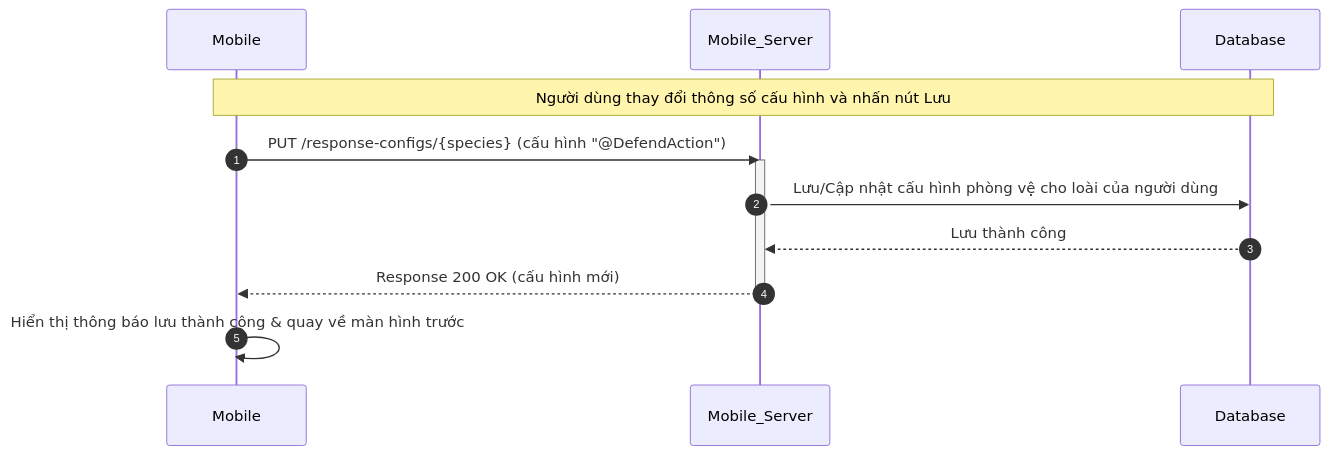
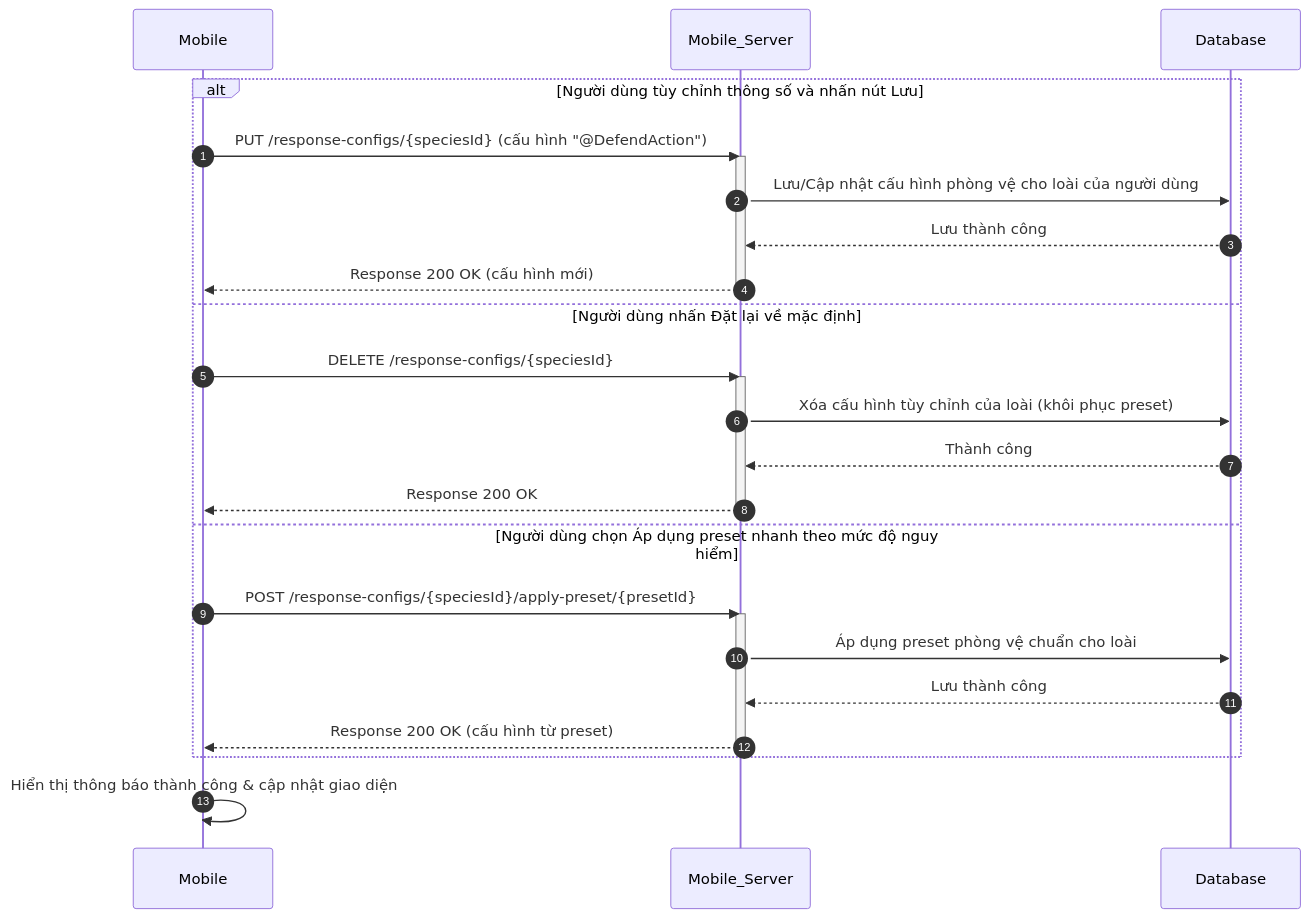
Diagram 16 of 21 in docs/04-sequence-diagram.md (trungnguyenthien/Wildlife-Warning-and-Deterrence-System), drawn with Mermaid before and after one commit. The commit also changed other lines of this file and 3 other files, not shown here.

Commit message:
docs: update sequence and mobile API documentation and add new agent skill profile

````diff
--- a/docs/04-sequence-diagram.md
+++ b/docs/04-sequence-diagram.md
@@ -567,16 +597,31 @@
 ```mermaid
 sequenceDiagram
     autonumber
     participant Mobile as Mobile
     participant Mobile_Server as Mobile_Server
     participant Database as Database
 
-    Note over Mobile, Database: Người dùng thay đổi thông số cấu hình và nhấn nút Lưu
-    Mobile->>Mobile_Server: PUT /response-configs/{species} (cấu hình "@DefendAction")
-    activate Mobile_Server
-    Mobile_Server->>Database: Lưu/Cập nhật cấu hình phòng vệ cho loài của người dùng
-    Database-->>Mobile_Server: Lưu thành công
-    Mobile_Server-->>Mobile: Response 200 OK (cấu hình mới)
-    deactivate Mobile_Server
-    Mobile->>Mobile: Hiển thị thông báo lưu thành công & quay về màn hình trước
+    alt Người dùng tùy chỉnh thông số và nhấn nút Lưu
+        Mobile->>Mobile_Server: PUT /response-configs/{speciesId} (cấu hình "@DefendAction")
+        activate Mobile_Server
+        Mobile_Server->>Database: Lưu/Cập nhật cấu hình phòng vệ cho loài của người dùng
+        Database-->>Mobile_Server: Lưu thành công
+        Mobile_Server-->>Mobile: Response 200 OK (cấu hình mới)
+        deactivate Mobile_Server
+    else Người dùng nhấn Đặt lại về mặc định
+        Mobile->>Mobile_Server: DELETE /response-configs/{speciesId}
+        activate Mobile_Server
+        Mobile_Server->>Database: Xóa cấu hình tùy chỉnh của loài (khôi phục preset)
+        Database-->>Mobile_Server: Thành công
+        Mobile_Server-->>Mobile: Response 200 OK
+        deactivate Mobile_Server
+    else Người dùng chọn Áp dụng preset nhanh theo mức độ nguy hiểm
+        Mobile->>Mobile_Server: POST /response-configs/{speciesId}/apply-preset/{presetId}
+        activate Mobile_Server
+        Mobile_Server->>Database: Áp dụng preset phòng vệ chuẩn cho loài
+        Database-->>Mobile_Server: Lưu thành công
+        Mobile_Server-->>Mobile: Response 200 OK (cấu hình từ preset)
+        deactivate Mobile_Server
+    end
+    Mobile->>Mobile: Hiển thị thông báo thành công & cập nhật giao diện
 ```
````
